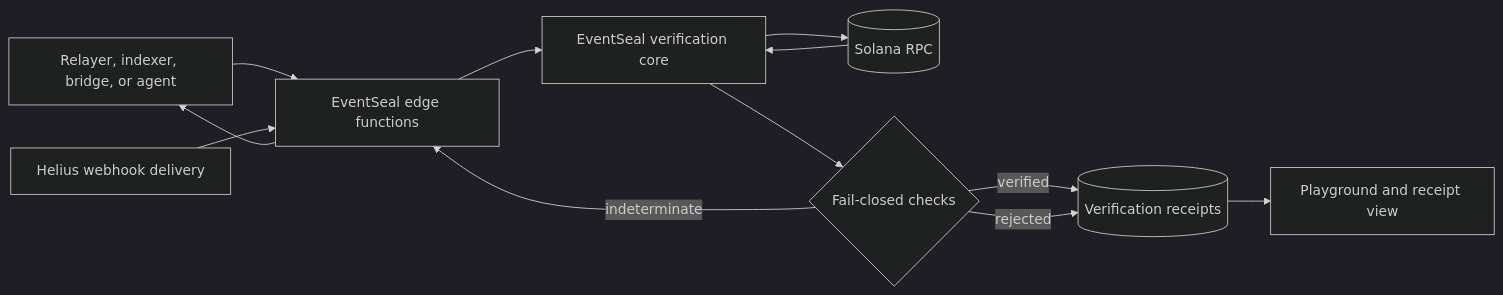
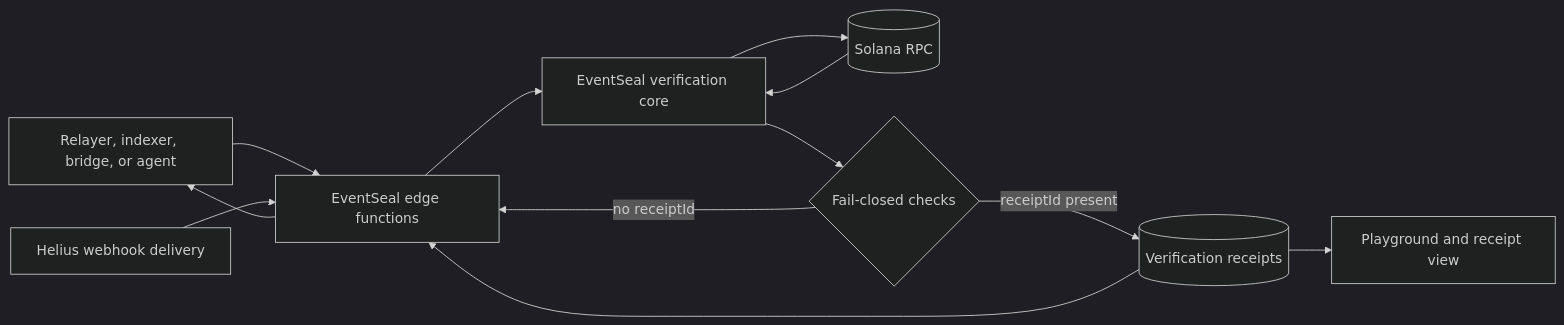
One commit to abhigyan1102/event-seal changed the diagram in README.md. Above: the diagram before and after it, drawn with Mermaid (dark theme). The commit also changed other lines of this file, not shown here.

Commit message:
docs: clarify receipt presence and verification verdicts

````diff
--- a/README.md
+++ b/README.md
@@ -33,23 +33,23 @@
 ```mermaid
 flowchart LR
   Consumer["Relayer, indexer, bridge, or agent"]
   Webhook["Helius webhook delivery"]
   API["EventSeal edge functions"]
   SDK["EventSeal verification core"]
   RPC[("Solana RPC")]
   Checks{"Fail-closed checks"}
   Receipt[("Verification receipts")]
   UI["Playground and receipt view"]
 
   Consumer --> API
   Webhook --> API
   API --> SDK
   SDK --> RPC
   RPC --> SDK
   SDK --> Checks
-  Checks -->|"verified"| Receipt
-  Checks -->|"rejected"| Receipt
-  Checks -->|"indeterminate"| API
+  Checks -->|"receiptId present"| Receipt
+  Checks -->|"no receiptId"| API
+  Receipt --> API
   Receipt --> UI
   API --> Consumer
 ```
````
